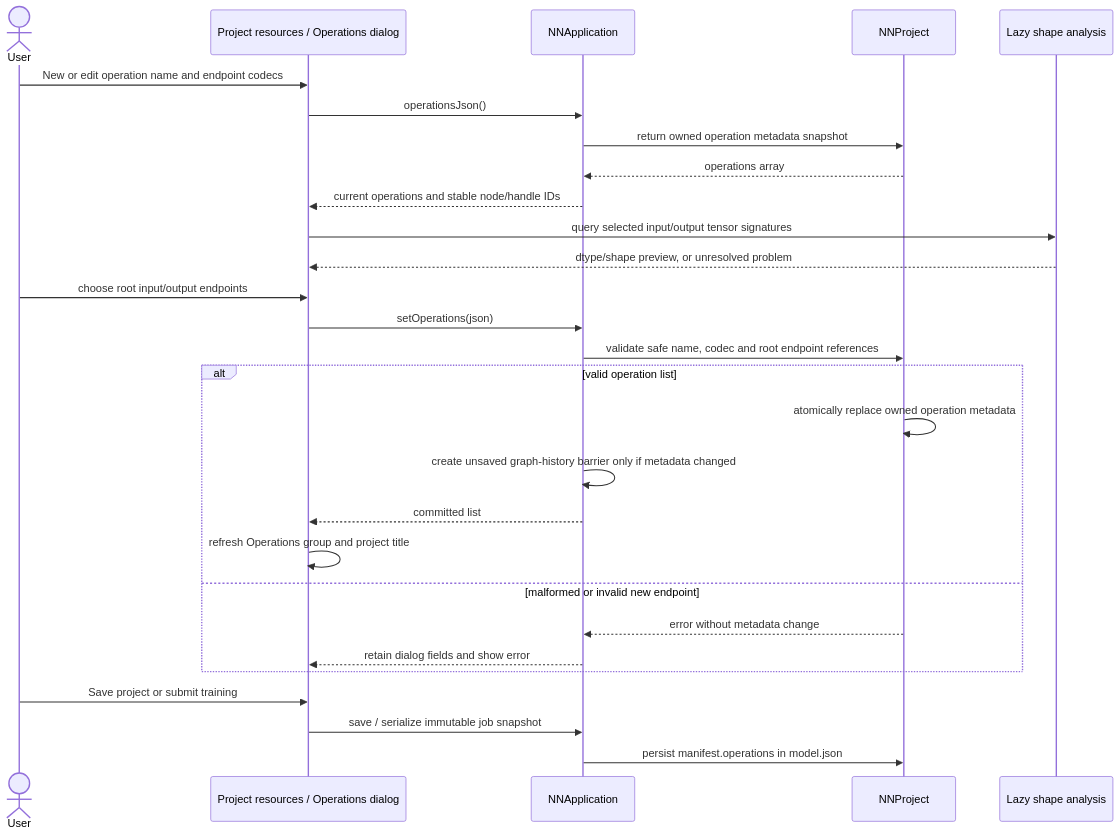
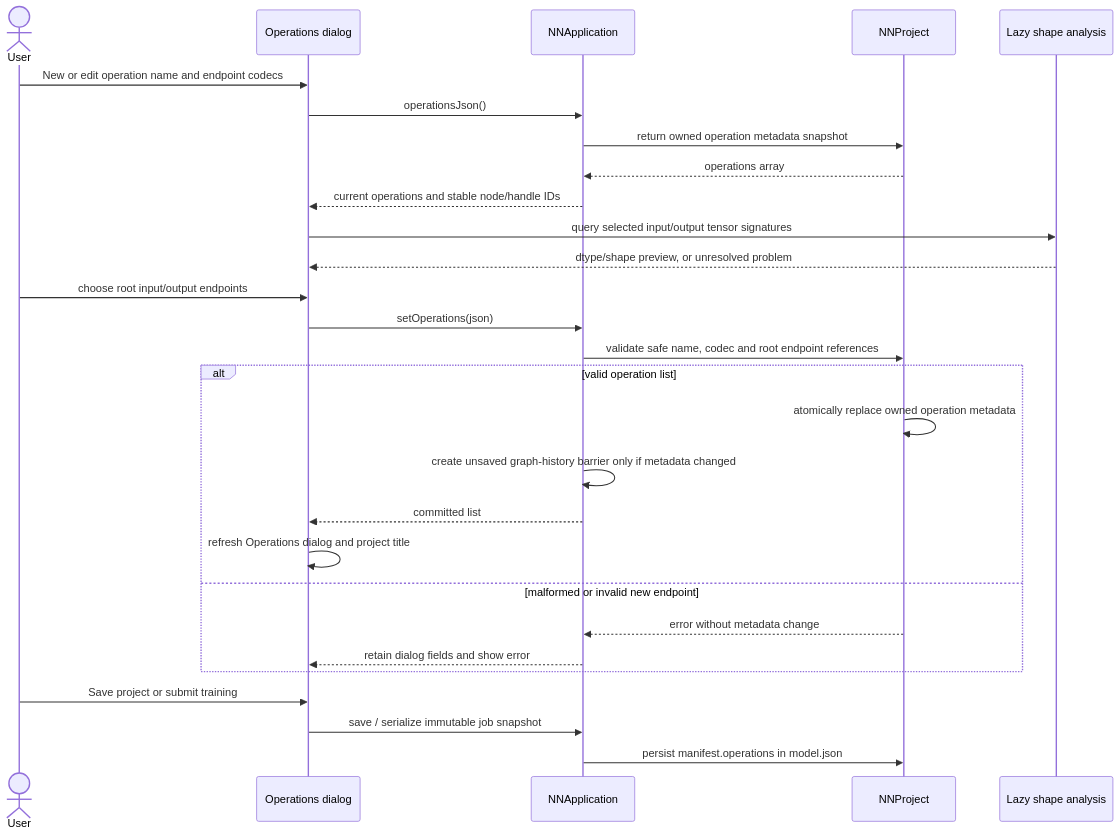
One commit to LucaSforza/nnmodelling-ui changed the ninth of 9 diagrams in docs/knowledge/uml/sequences/project-editor.md. Above: the diagram before and after it, drawn with Mermaid. The commit also changed 8 other files, not shown here.

````diff
--- a/docs/knowledge/uml/sequences/project-editor.md
+++ b/docs/knowledge/uml/sequences/project-editor.md
@@ -313,30 +313,30 @@
 ```mermaid
   sequenceDiagram
     actor User
-    participant Qt as Project resources / Operations dialog
+    participant Qt as Operations dialog
     participant App as NNApplication
     participant Project as NNProject
     participant Analysis as Lazy shape analysis
     User->>Qt: New or edit operation name and endpoint codecs
     Qt->>App: operationsJson()
     App->>Project: return owned operation metadata snapshot
     Project-->>App: operations array
     App-->>Qt: current operations and stable node/handle IDs
     Qt->>Analysis: query selected input/output tensor signatures
     Analysis-->>Qt: dtype/shape preview, or unresolved problem
     User->>Qt: choose root input/output endpoints
     Qt->>App: setOperations(json)
     App->>Project: validate safe name, codec and root endpoint references
     alt valid operation list
       Project->>Project: atomically replace owned operation metadata
       App->>App: create unsaved graph-history barrier only if metadata changed
       App-->>Qt: committed list
-      Qt->>Qt: refresh Operations group and project title
+      Qt->>Qt: refresh Operations dialog and project title
     else malformed or invalid new endpoint
       Project-->>App: error without metadata change
       App-->>Qt: retain dialog fields and show error
     end
     User->>Qt: Save project or submit training
     Qt->>App: save / serialize immutable job snapshot
     App->>Project: persist manifest.operations in model.json
 ```
````
